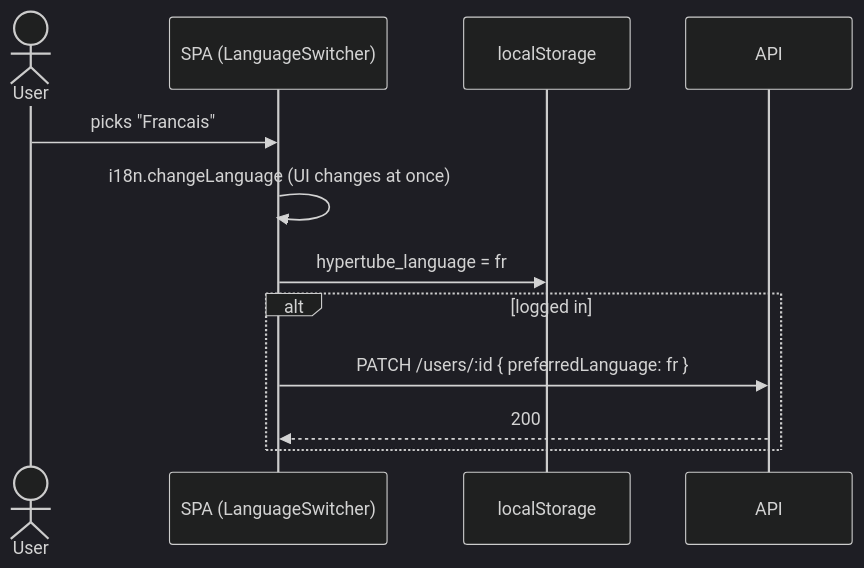
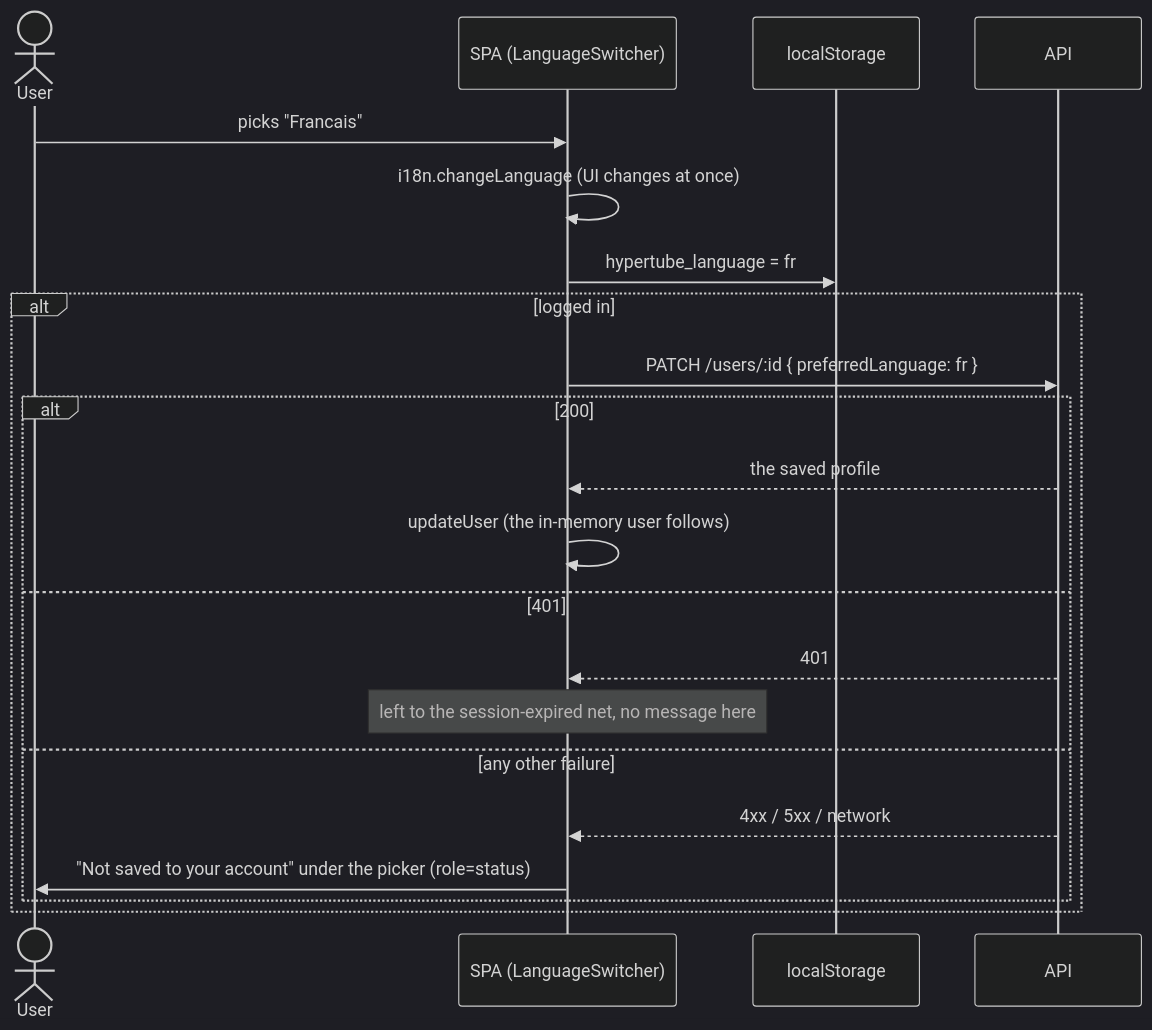
Before and after one commit to kidp8479/42_hypertube: the third of 4 diagrams in docs/diagrams/i18n.md, drawn with Mermaid (dark theme). The commit also changed other lines of this file and 5 other files, not shown here.

First line of the commit message:
feat(HYP-106): say when the language is not saved to the account

````diff
--- a/docs/diagrams/i18n.md
+++ b/docs/diagrams/i18n.md
@@ -72,15 +72,24 @@
 ```mermaid
 sequenceDiagram
     actor U as User
     participant S as SPA (LanguageSwitcher)
     participant L as localStorage
     participant A as API
 
     U->>S: picks "Francais"
     S->>S: i18n.changeLanguage (UI changes at once)
     S->>L: hypertube_language = fr
     alt logged in
         S->>A: PATCH /users/:id { preferredLanguage: fr }
-        A-->>S: 200
+        alt 200
+            A-->>S: the saved profile
+            S->>S: updateUser (the in-memory user follows)
+        else 401
+            A-->>S: 401
+            Note over S: left to the session-expired net, no message here
+        else any other failure
+            A-->>S: 4xx / 5xx / network
+            S->>U: "Not saved to your account" under the picker (role=status)
+        end
     end
 ```
````
